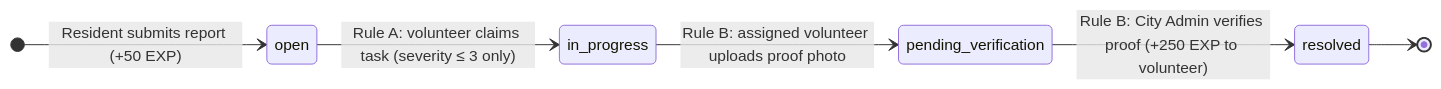
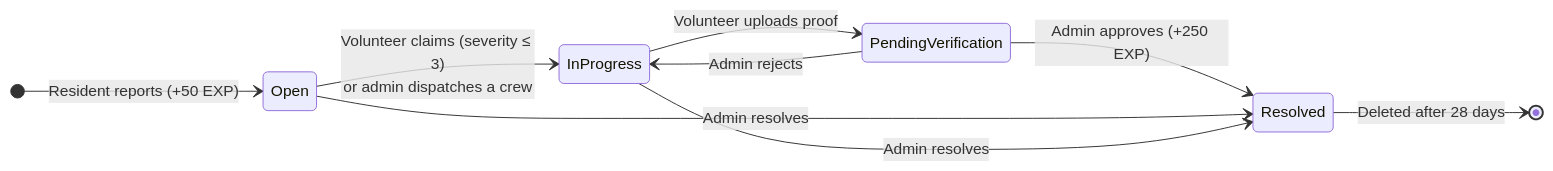
One commit to SohamBhongade/Tareeq changed the second of 3 diagrams in README.md. Above: the diagram before and after it, drawn with Mermaid. The commit also changed other lines of this file and 37 other files, not shown here.

````diff
--- a/README.md
+++ b/README.md
@@ -215,9 +301,12 @@
 ```mermaid
 stateDiagram-v2
     direction LR
-    [*] --> open: Resident submits report (+50 EXP)
-    open --> in_progress: Rule A: volunteer claims task (severity ≤ 3 only)
-    in_progress --> pending_verification: Rule B: assigned volunteer uploads proof photo
-    pending_verification --> resolved: Rule B: City Admin verifies proof (+250 EXP to volunteer)
-    resolved --> [*]
+    [*] --> Open: Resident reports (+50 EXP)
+    Open --> InProgress: Volunteer claims (severity ≤ 3)<br/>or admin dispatches a crew
+    InProgress --> PendingVerification: Volunteer uploads proof
+    PendingVerification --> Resolved: Admin approves (+250 EXP)
+    PendingVerification --> InProgress: Admin rejects
+    Open --> Resolved: Admin resolves
+    InProgress --> Resolved: Admin resolves
+    Resolved --> [*]: Deleted after 28 days
 ```
````
